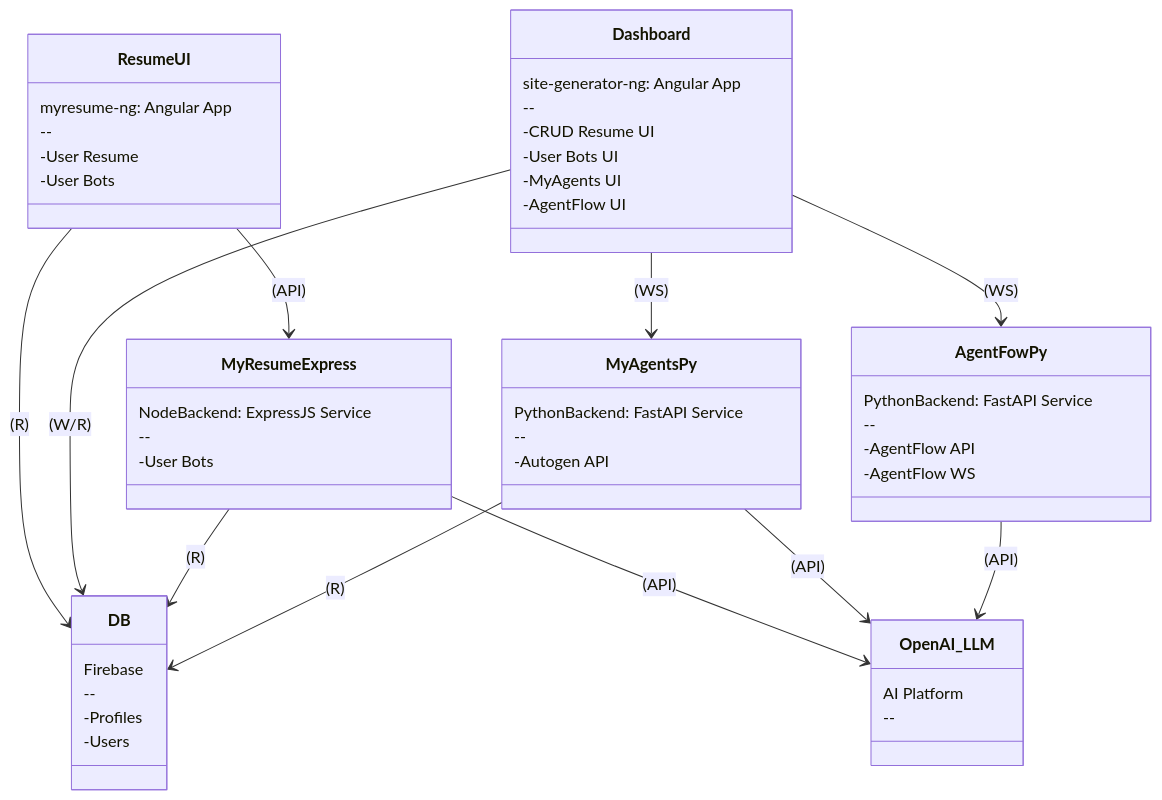
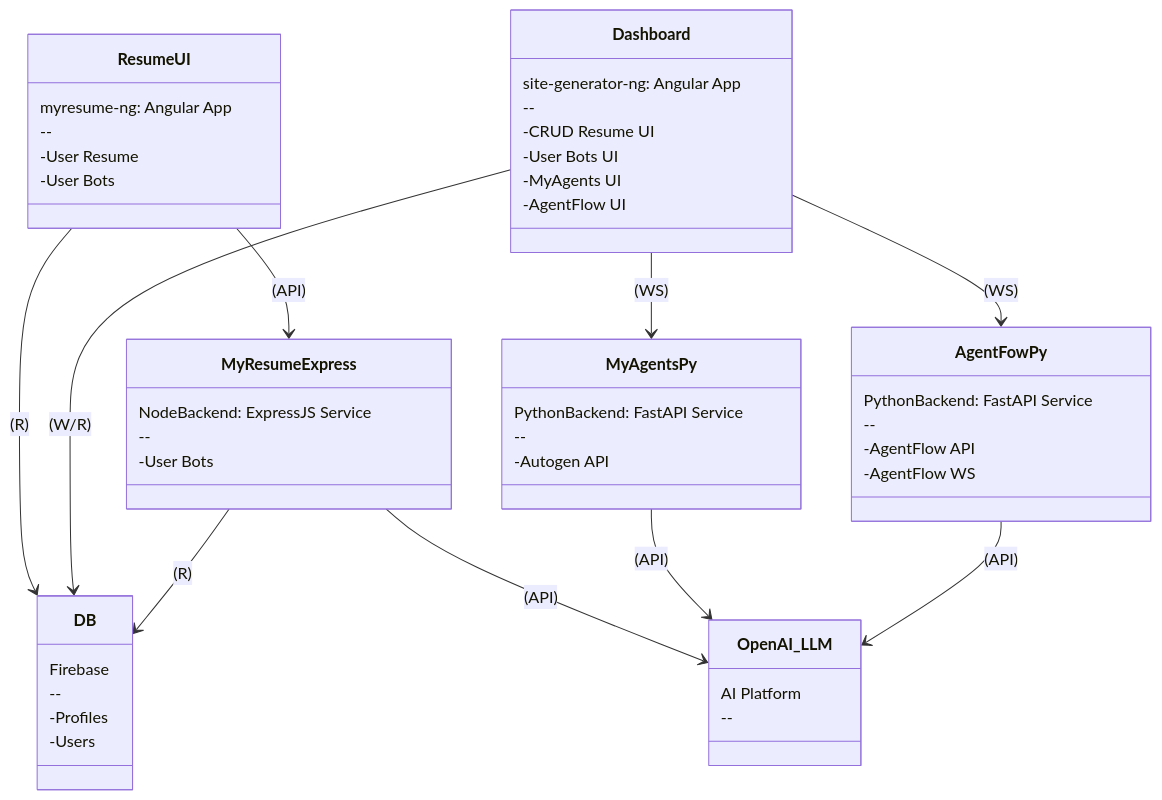
The diagram in README.md (thaer899/connectorzzz), drawn with Mermaid before and after one commit.

````diff
--- a/README.md
+++ b/README.md
@@ -24,58 +24,57 @@
 ```mermaid
 %%{init: {'theme': 'default'}}%%
 classDiagram
     class DB {
         Firebase
         --
         -Profiles
         -Users
     }
     class ResumeUI {
         myresume-ng: Angular App
         --
         -User Resume
         -User Bots
     }
     class Dashboard {
         site-generator-ng: Angular App
         --
         -CRUD Resume UI
         -User Bots UI
         -MyAgents UI
         -AgentFlow UI
     }
     class MyResumeExpress {
         NodeBackend: ExpressJS Service
         --
         -User Bots
     }
     class MyAgentsPy {
         PythonBackend: FastAPI Service
         --
         -Autogen API
     }
     class AgentFowPy {
         PythonBackend: FastAPI Service
         --
         -AgentFlow API
         -AgentFlow WS
     }
     class OpenAI_LLM {
         AI Platform
         --
     }
 
     %% Connections
     ResumeUI --> DB :  (R)
     Dashboard --> DB :  (W/R)
     ResumeUI --> MyResumeExpress : (API)
     MyResumeExpress --> DB :  (R)
     MyResumeExpress --> OpenAI_LLM : (API)
     Dashboard --> MyAgentsPy :  (WS)
-    MyAgentsPy --> DB :  (R)
     MyAgentsPy --> OpenAI_LLM : (API)
     Dashboard --> AgentFowPy :  (WS)
     AgentFowPy --> OpenAI_LLM : (API)
 
 
 ```
````
